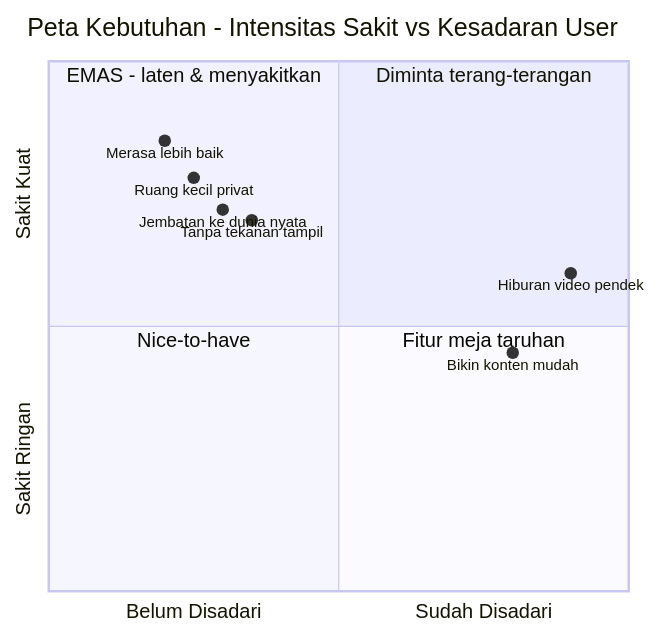
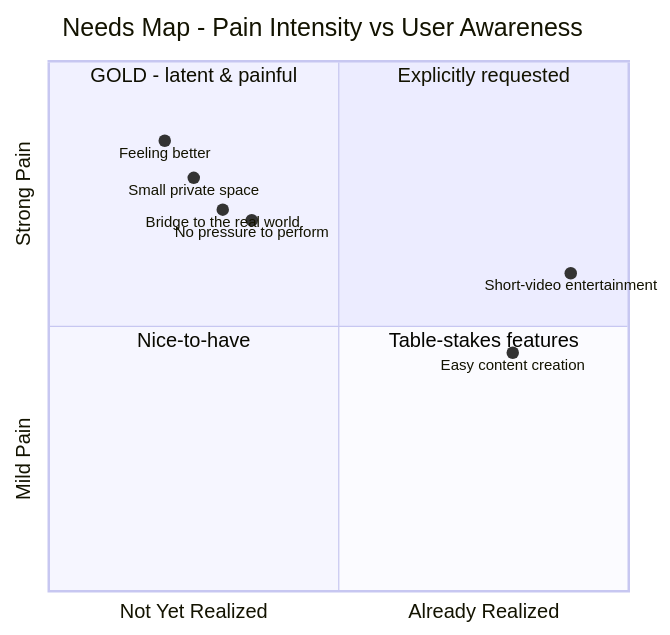
One commit to itsmhp/SocialMedia changed the diagram in research/03-latent-needs.md. Above: the diagram before and after it, drawn with Mermaid. The commit also changed other lines of this file and 23 other files, not shown here.

````diff
--- a/research/03-latent-needs.md
+++ b/research/03-latent-needs.md
@@ -23,16 +23,16 @@
 ```mermaid
 quadrantChart
-    title Peta Kebutuhan - Intensitas Sakit vs Kesadaran User
-    x-axis Belum Disadari --> Sudah Disadari
-    y-axis Sakit Ringan --> Sakit Kuat
-    quadrant-1 Diminta terang-terangan
-    quadrant-2 EMAS - laten & menyakitkan
+    title Needs Map - Pain Intensity vs User Awareness
+    x-axis Not Yet Realized --> Already Realized
+    y-axis Mild Pain --> Strong Pain
+    quadrant-1 Explicitly requested
+    quadrant-2 GOLD - latent & painful
     quadrant-3 Nice-to-have
-    quadrant-4 Fitur meja taruhan
-    "Merasa lebih baik": [0.2, 0.85]
-    "Ruang kecil privat": [0.25, 0.78]
-    "Jembatan ke dunia nyata": [0.3, 0.72]
-    "Tanpa tekanan tampil": [0.35, 0.7]
-    "Hiburan video pendek": [0.9, 0.6]
-    "Bikin konten mudah": [0.8, 0.45]
+    quadrant-4 Table-stakes features
+    "Feeling better": [0.2, 0.85]
+    "Small private space": [0.25, 0.78]
+    "Bridge to the real world": [0.3, 0.72]
+    "No pressure to perform": [0.35, 0.7]
+    "Short-video entertainment": [0.9, 0.6]
+    "Easy content creation": [0.8, 0.45]
 ```
````
